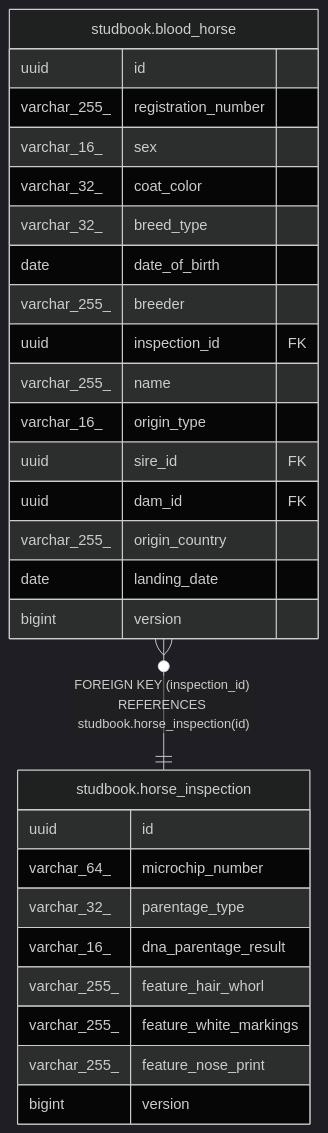
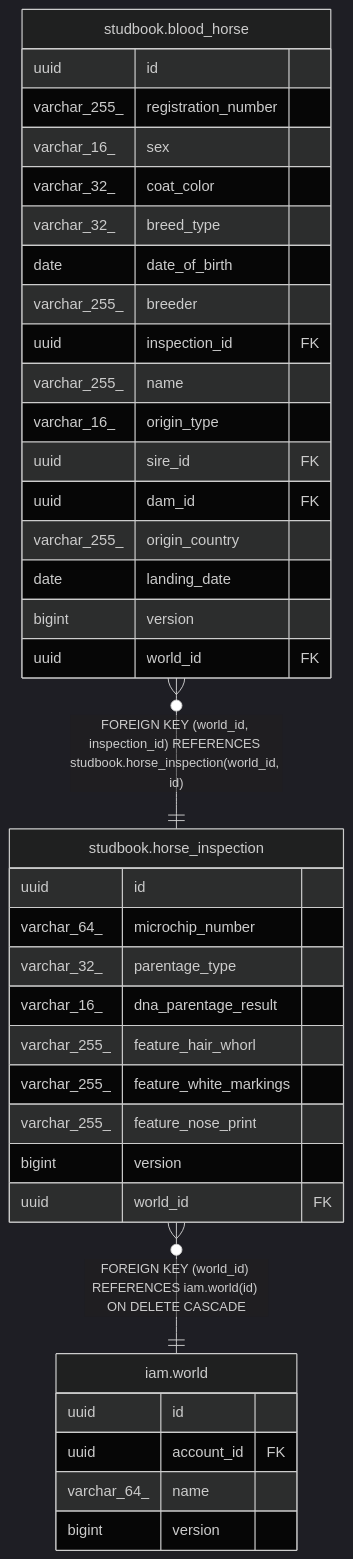
Before and after one commit to ptiringo/toy-box: the diagram in dbdoc/studbook.horse_inspection.md, drawn with Mermaid (dark theme). The commit also changed other lines of this file and 129 other files, not shown here.

````diff
--- a/dbdoc/studbook.horse_inspection.md
+++ b/dbdoc/studbook.horse_inspection.md
@@ -35,33 +39,42 @@
 ```mermaid
 erDiagram
 
-"studbook.blood_horse" }o--|| "studbook.horse_inspection" : "FOREIGN KEY (inspection_id) REFERENCES studbook.horse_inspection(id)"
+"studbook.blood_horse" }o--|| "studbook.horse_inspection" : "FOREIGN KEY (world_id, inspection_id) REFERENCES studbook.horse_inspection(world_id, id)"
+"studbook.horse_inspection" }o--|| "iam.world" : "FOREIGN KEY (world_id) REFERENCES iam.world(id) ON DELETE CASCADE"
 
 "studbook.horse_inspection" {
   uuid id
   varchar_64_ microchip_number
   varchar_32_ parentage_type
   varchar_16_ dna_parentage_result
   varchar_255_ feature_hair_whorl
   varchar_255_ feature_white_markings
   varchar_255_ feature_nose_print
   bigint version
+  uuid world_id FK
 }
 "studbook.blood_horse" {
   uuid id
   varchar_255_ registration_number
   varchar_16_ sex
   varchar_32_ coat_color
   varchar_32_ breed_type
   date date_of_birth
   varchar_255_ breeder
   uuid inspection_id FK
   varchar_255_ name
   varchar_16_ origin_type
   uuid sire_id FK
   uuid dam_id FK
   varchar_255_ origin_country
   date landing_date
   bigint version
+  uuid world_id FK
+}
+"iam.world" {
+  uuid id
+  uuid account_id FK
+  varchar_64_ name
+  bigint version
 }
 ```
````
